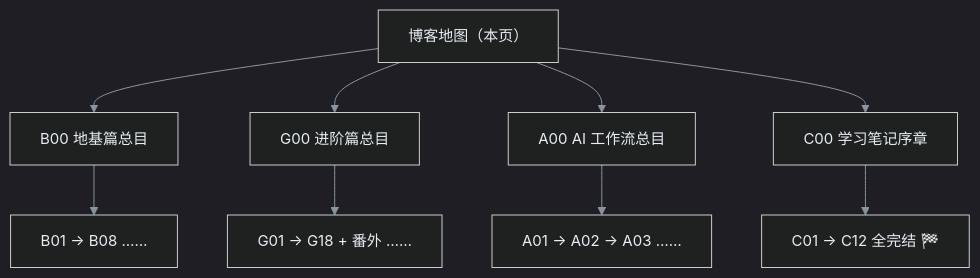
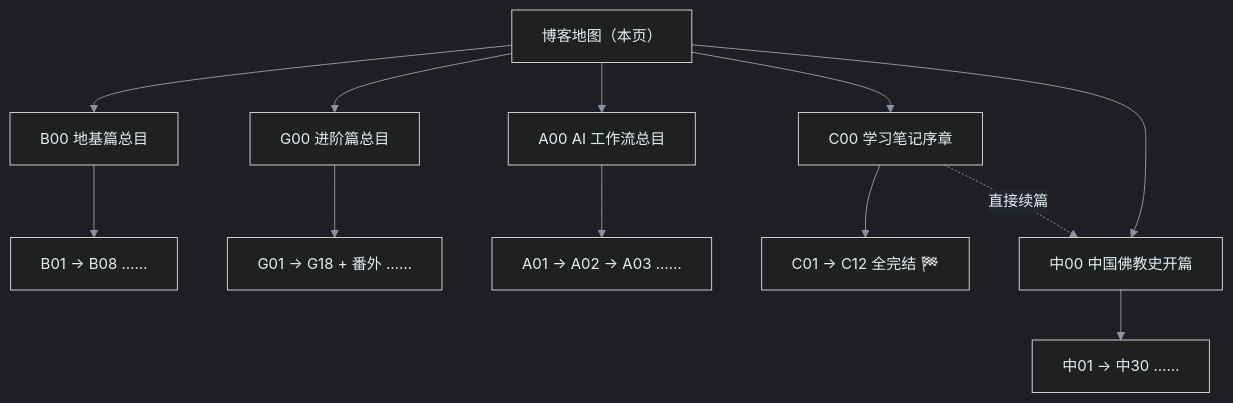
One commit to yeyangchen2009/yeyangchen2009.github.io changed the diagram in backup/博客地图｜系列文章从哪读起.md. Above: the diagram before and after it, drawn with Mermaid. The commit also changed other lines of this file and 25 other files, not shown here.

````diff
--- a/backup/博客地图｜系列文章从哪读起.md
+++ b/backup/博客地图｜系列文章从哪读起.md
@@ -13,17 +13,21 @@
 ```mermaid
 %%{init: {'theme':'dark','themeVariables':{'background':'#0d1117','primaryColor':'#1f6feb','primaryTextColor':'#ffffff','primaryBorderColor':'#79c0ff','secondaryColor':'#21262d','tertiaryColor':'#30363d','lineColor':'#8b949e','textColor':'#e6edf3','clusterBkg':'#161b22','clusterBorder':'#58a6ff','edgeLabelBackground':'#21262d','fontSize':'15px'}}}%%
 flowchart TD
     MAP["博客地图（本页）"]
     B00["B00 地基篇总目"]
     G00["G00 进阶篇总目"]
     A00["A00 AI 工作流总目"]
     C00["C00 学习笔记序章"]
+    Z00["中00 中国佛教史开篇"]
     B00 --> B["B01 → B08 ……"]
     G00 --> G["G01 → G18 + 番外 ……"]
     A00 --> A["A01 → A02 → A03 ……"]
     C00 --> C["C01 → C12 全完结 🏁"]
+    Z00 --> Z["中01 → 中30 ……"]
+    C00 -. 直接续篇 .-> Z00
     MAP --> B00
     MAP --> G00
     MAP --> A00
     MAP --> C00
+    MAP --> Z00
 ```
````
